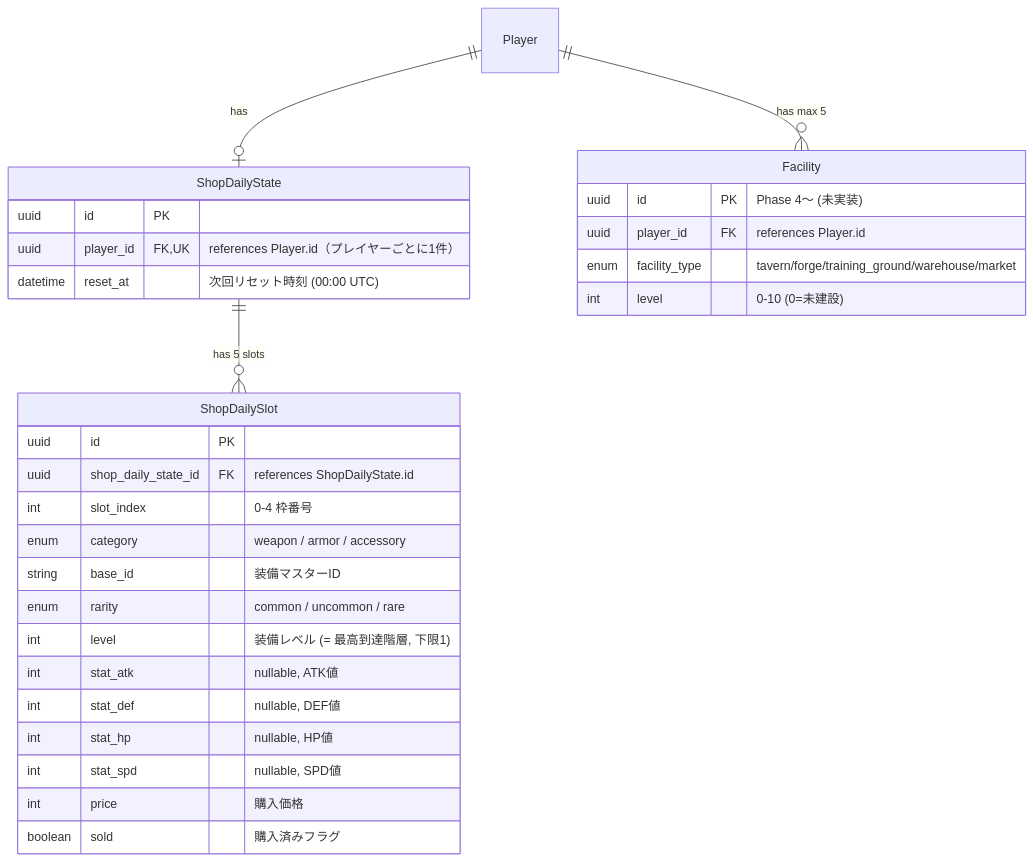
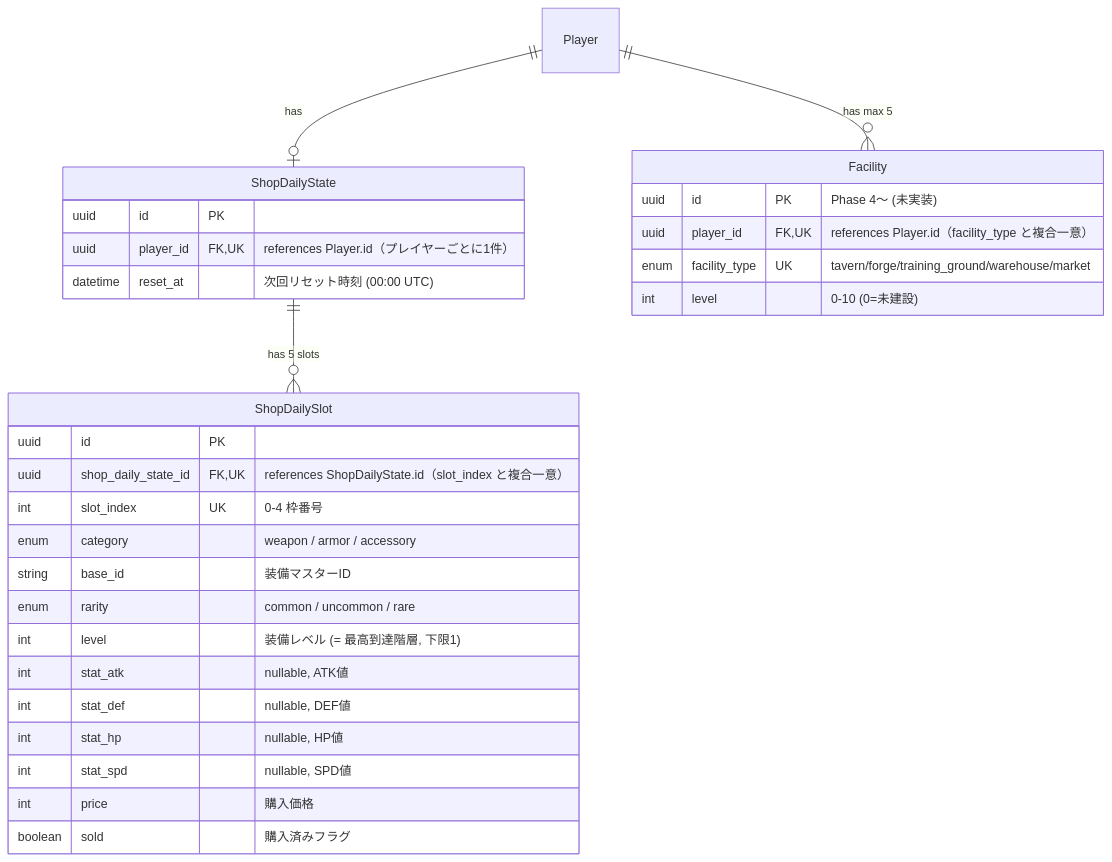
Before and after one commit to dateeee/2026_AFKGAME: the second of 2 diagrams in diagrams/er_diagram/item.md, drawn with Mermaid. The commit also changed other lines of this file and 12 other files, not shown here.

First line of the commit message:
docs: 仕様確定ゲートの指摘8件を反映（doc-review 4件 + diagrams-review 4件）

````diff
--- a/diagrams/er_diagram/item.md
+++ b/diagrams/er_diagram/item.md
@@ -56,37 +56,37 @@
 ```mermaid
 %%{init: {'theme': 'default', 'themeVariables': {'fontSize': '16px'}} }%%
 erDiagram
     Player ||--o| ShopDailyState : "has"
     Player ||--o{ Facility : "has max 5"
 
     ShopDailyState ||--o{ ShopDailySlot : "has 5 slots"
 
     ShopDailyState {
         uuid id PK
         uuid player_id FK, UK "references Player.id（プレイヤーごとに1件）"
         datetime reset_at "次回リセット時刻 (00:00 UTC)"
     }
 
     ShopDailySlot {
         uuid id PK
-        uuid shop_daily_state_id FK "references ShopDailyState.id"
-        int slot_index "0-4 枠番号"
+        uuid shop_daily_state_id FK, UK "references ShopDailyState.id（slot_index と複合一意）"
+        int slot_index UK "0-4 枠番号"
         enum category "weapon / armor / accessory"
         string base_id "装備マスターID"
         enum rarity "common / uncommon / rare"
         int level "装備レベル (= 最高到達階層, 下限1)"
         int stat_atk "nullable, ATK値"
         int stat_def "nullable, DEF値"
         int stat_hp "nullable, HP値"
         int stat_spd "nullable, SPD値"
         int price "購入価格"
         boolean sold "購入済みフラグ"
     }
 
     Facility {
         uuid id PK "Phase 4〜 (未実装)"
-        uuid player_id FK "references Player.id"
-        enum facility_type "tavern/forge/training_ground/warehouse/market"
+        uuid player_id FK, UK "references Player.id（facility_type と複合一意）"
+        enum facility_type UK "tavern/forge/training_ground/warehouse/market"
         int level "0-10 (0=未建設)"
     }
 ```
````
